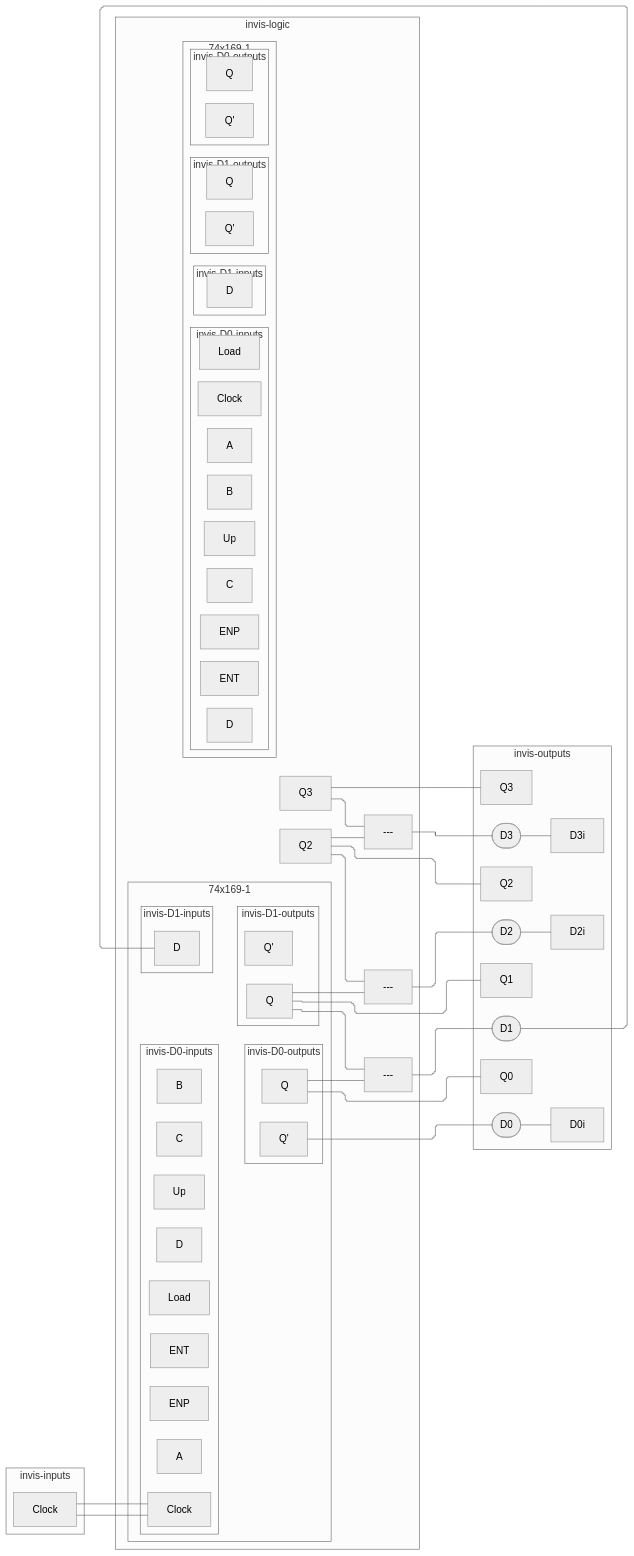
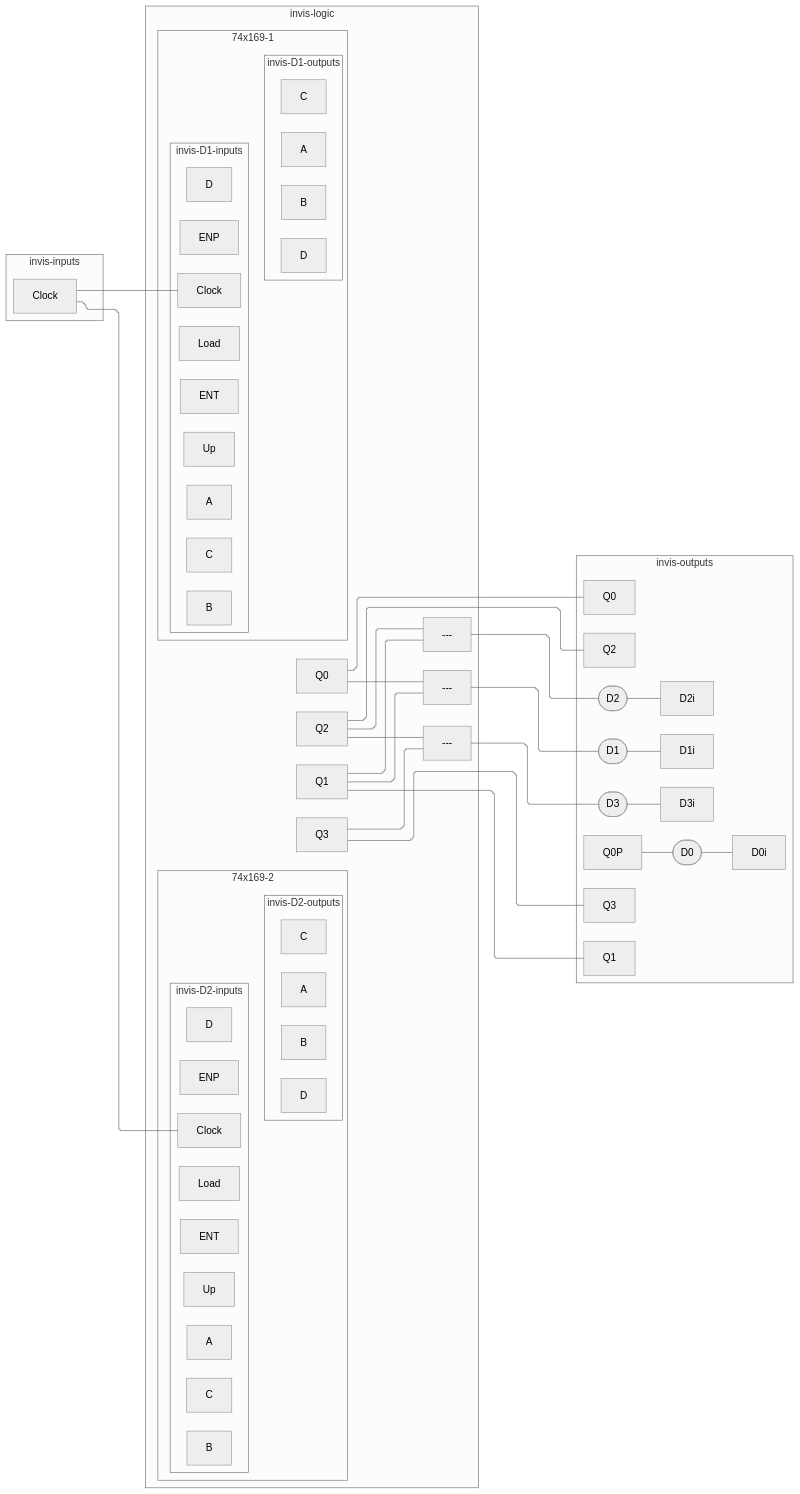
Before and after one commit to tnichols217/notes: the seventh of 7 diagrams in CSDS 281 - Logic Design/HW/8/Tables.md, drawn with Mermaid (neutral theme).

Commit message:
vault backup: 2024-04-05 01:26:51

````diff
--- a/CSDS 281 - Logic Design/HW/8/Tables.md
+++ b/CSDS 281 - Logic Design/HW/8/Tables.md
@@ -327,58 +327,69 @@
 ```mermaid
 %%{ init: { 'flowchart': { 'curve': 'stepBefore', "defaultRenderer": "elk" } } }%%
 flowchart LR
 subgraph invis-inputs
 	Clock
 end
 subgraph invis-logic
 	subgraph 74x169-1
-		subgraph invis-D0-inputs
+		subgraph invis-D1-inputs
 			D1c[Clock]
 			D1up[Up]
 			D1LD[Load]
 			D1ENP[ENP]
 			D1ENT[ENT]
 			D1A[A]
 			D1B[B]
 			D1C[C]
 			D1D[D]
 		end
 		Clock --- D1c
-		subgraph invis-D0-outputs
-			Q0[Q]
-			Q0P[Q']
-		end
-		invis-D0-inputs ~~~ invis-D0-outputs
-	end
-	subgraph 74x169-1
-		subgraph invis-D1-inputs
-			D1i[D]
-			D1c[Clock]
-		end
-		Clock --- D1c
 		subgraph invis-D1-outputs
-			Q1[Q]
-			Q1P[Q']
+			Q1A[A]
+			Q1B[B]
+			Q1C[C]
+			Q1D[D]
 		end
 		invis-D1-inputs ~~~ invis-D1-outputs
+	end
+	subgraph 74x169-2
+		subgraph invis-D2-inputs
+			D2c[Clock]
+			D2up[Up]
+			D2LD[Load]
+			D2ENP[ENP]
+			D2ENT[ENT]
+			D2A[A]
+			D2B[B]
+			D2C[C]
+			D2D[D]
+		end
+		Clock --- D2c
+		subgraph invis-D2-outputs
+			Q2A[A]
+			Q2B[B]
+			Q2C[C]
+			Q2D[D]
+		end
+		invis-D2-inputs ~~~ invis-D2-outputs
 	end
 	Q0 & Q1 --- xor1[---]
 	Q1 & Q2 --- xor2[---]
 	Q2 & Q3 --- xor3[---]
 end
 subgraph invis-outputs
 	Q0P --- D0ii([D0])
 	D0ii --- D0i
 	xor1 --- D1ii([D1])
 	D1ii --- D1i
 	xor2 --- D2ii([D2])
 	D2ii --- D2i
 	xor3 --- D3ii([D3])
 	D3ii --- D3i
 	Q0 --- Q0O[Q0]
 	Q1 --- Q1O[Q1]
 	Q2 --- Q2O[Q2]
 	Q3 --- Q3O[Q3]
 end
 invis-inputs ~~~ invis-logic ~~~ invis-outputs
 ```
````
